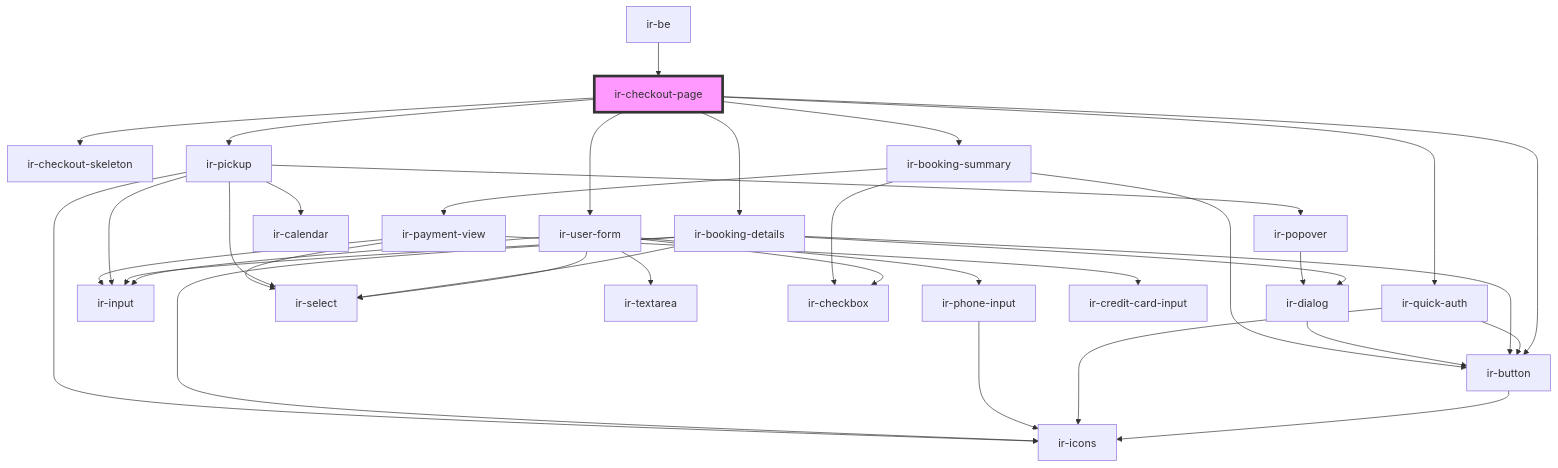
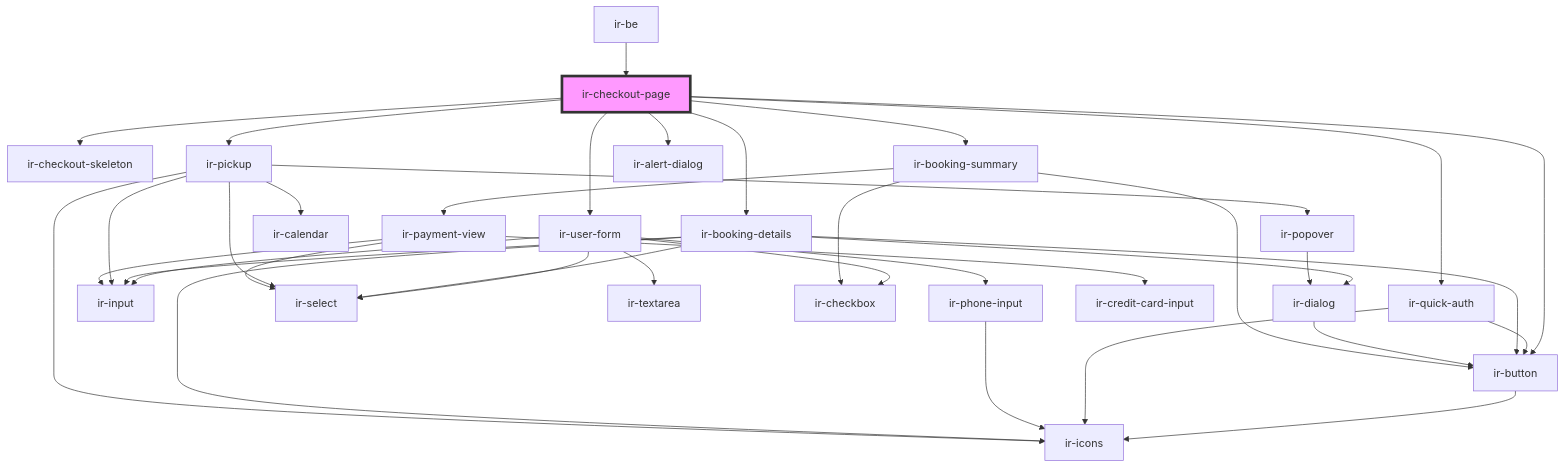
Before and after one commit to RonyRizk/ir-be: the diagram in src/components/ir-booking-engine/ir-checkout-page/readme.md, drawn with Mermaid. The commit also changed other lines of this file and 16 other files, not shown here.

````diff
--- a/src/components/ir-booking-engine/ir-checkout-page/readme.md
+++ b/src/components/ir-booking-engine/ir-checkout-page/readme.md
@@ -32,39 +33,40 @@
 ```mermaid
 graph TD;
   ir-checkout-page --> ir-checkout-skeleton
   ir-checkout-page --> ir-button
   ir-checkout-page --> ir-quick-auth
   ir-checkout-page --> ir-user-form
   ir-checkout-page --> ir-booking-details
   ir-checkout-page --> ir-pickup
   ir-checkout-page --> ir-booking-summary
+  ir-checkout-page --> ir-alert-dialog
   ir-button --> ir-icons
   ir-quick-auth --> ir-icons
   ir-quick-auth --> ir-button
   ir-user-form --> ir-input
   ir-user-form --> ir-phone-input
   ir-user-form --> ir-select
   ir-user-form --> ir-textarea
   ir-user-form --> ir-checkbox
   ir-phone-input --> ir-icons
   ir-booking-details --> ir-icons
   ir-booking-details --> ir-select
   ir-booking-details --> ir-button
   ir-booking-details --> ir-input
   ir-booking-details --> ir-dialog
   ir-dialog --> ir-button
   ir-pickup --> ir-icons
   ir-pickup --> ir-select
   ir-pickup --> ir-popover
   ir-pickup --> ir-calendar
   ir-pickup --> ir-input
   ir-popover --> ir-dialog
   ir-booking-summary --> ir-button
   ir-booking-summary --> ir-payment-view
   ir-booking-summary --> ir-checkbox
   ir-payment-view --> ir-input
   ir-payment-view --> ir-credit-card-input
   ir-payment-view --> ir-select
   ir-be --> ir-checkout-page
   style ir-checkout-page fill:#f9f,stroke:#333,stroke-width:4px
 ```
````
